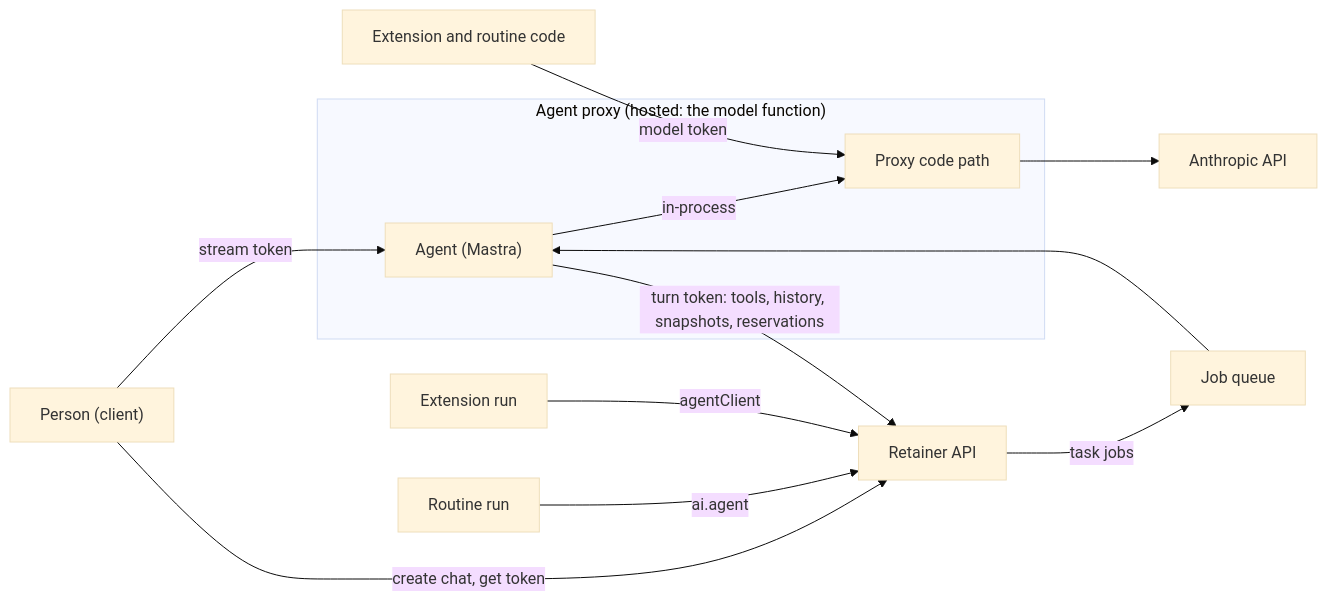
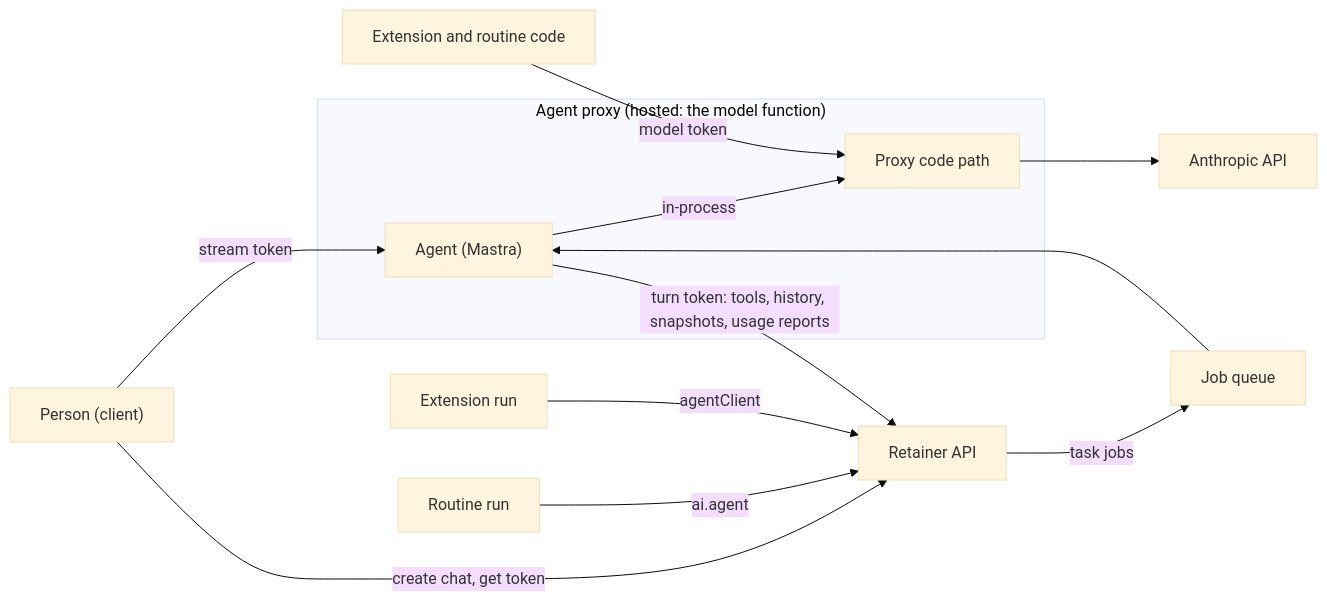
The diagram in docs/specs/agent.md (Tamloot-cc/Retainer), drawn with Mermaid (base theme) before and after one commit. The commit also changed other lines of this file, not shown here.

````diff
--- a/docs/specs/agent.md
+++ b/docs/specs/agent.md
@@ -84,15 +84,15 @@
 ```mermaid
 flowchart LR
   P["Person (client)"] -->|"stream token"| AG
   P -->|"create chat, get token"| API
   R["Routine run"] -->|"ai.agent"| API
   X["Extension run"] -->|"agentClient"| API
   API["Retainer API"] -->|"task jobs"| Q["Job queue"]
   Q --> AG
   subgraph AP["Agent proxy (hosted: the model function)"]
     AG["Agent (Mastra)"] -->|"in-process"| MP["Proxy code path"]
   end
   C["Extension and routine code"] -->|"model token"| MP
   MP --> AN["Anthropic API"]
-  AG -->|"turn token: tools, history, snapshots, reservations"| API
+  AG -->|"turn token: tools, history, snapshots, usage reports"| API
 ```
````
